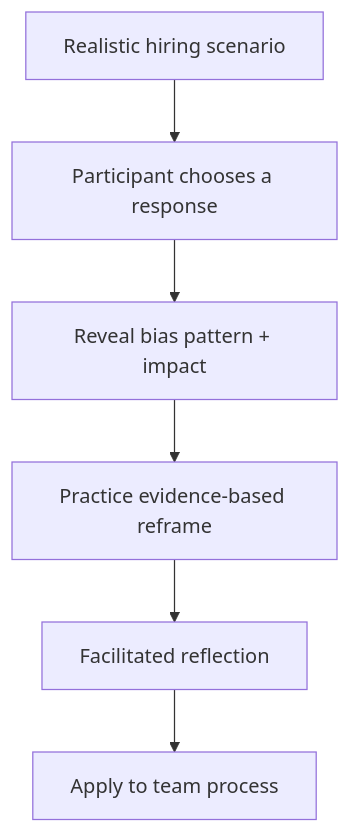
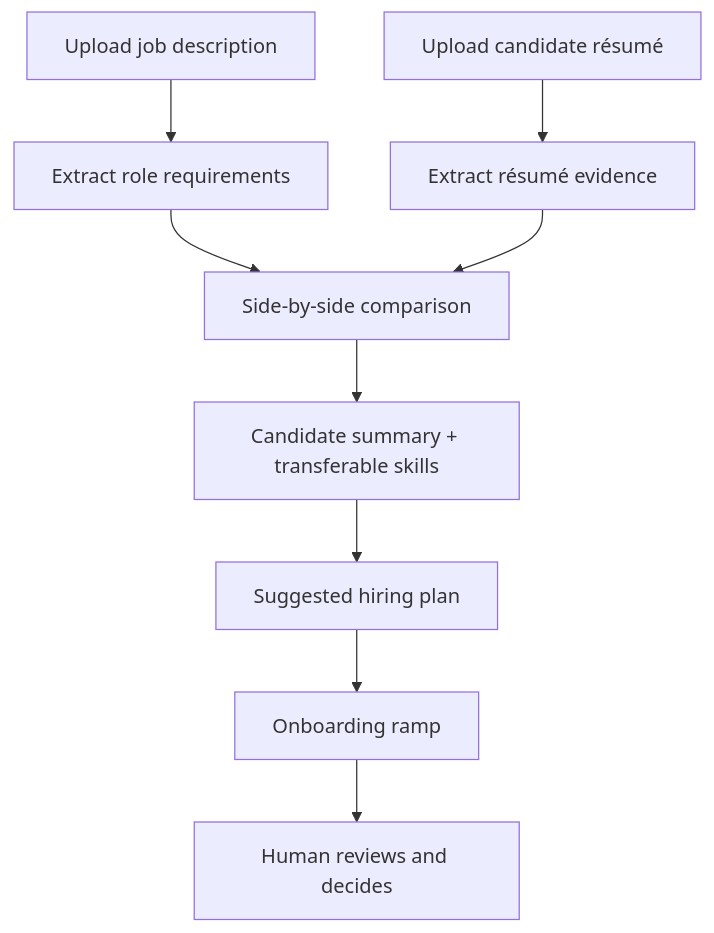
The diagram in README.md (ashph/biasbreaker), drawn with Mermaid before and after one commit. The commit also changed other lines of this file, not shown here.

Commit message:
Correct BiasBreaker candidate evaluator case study

````diff
--- a/README.md
+++ b/README.md
@@ -40,8 +43,11 @@
 ```mermaid
 flowchart TD
-    A["Realistic hiring scenario"] --> B["Participant chooses a response"]
-    B --> C["Reveal bias pattern + impact"]
-    C --> D["Practice evidence-based reframe"]
-    D --> E["Facilitated reflection"]
-    E --> F["Apply to team process"]
+    A["Upload job description"] --> C["Extract role requirements"]
+    B["Upload candidate résumé"] --> D["Extract résumé evidence"]
+    C --> E["Side-by-side comparison"]
+    D --> E
+    E --> F["Candidate summary + transferable skills"]
+    F --> G["Suggested hiring plan"]
+    G --> H["Onboarding ramp"]
+    H --> I["Human reviews and decides"]
 ```
````
